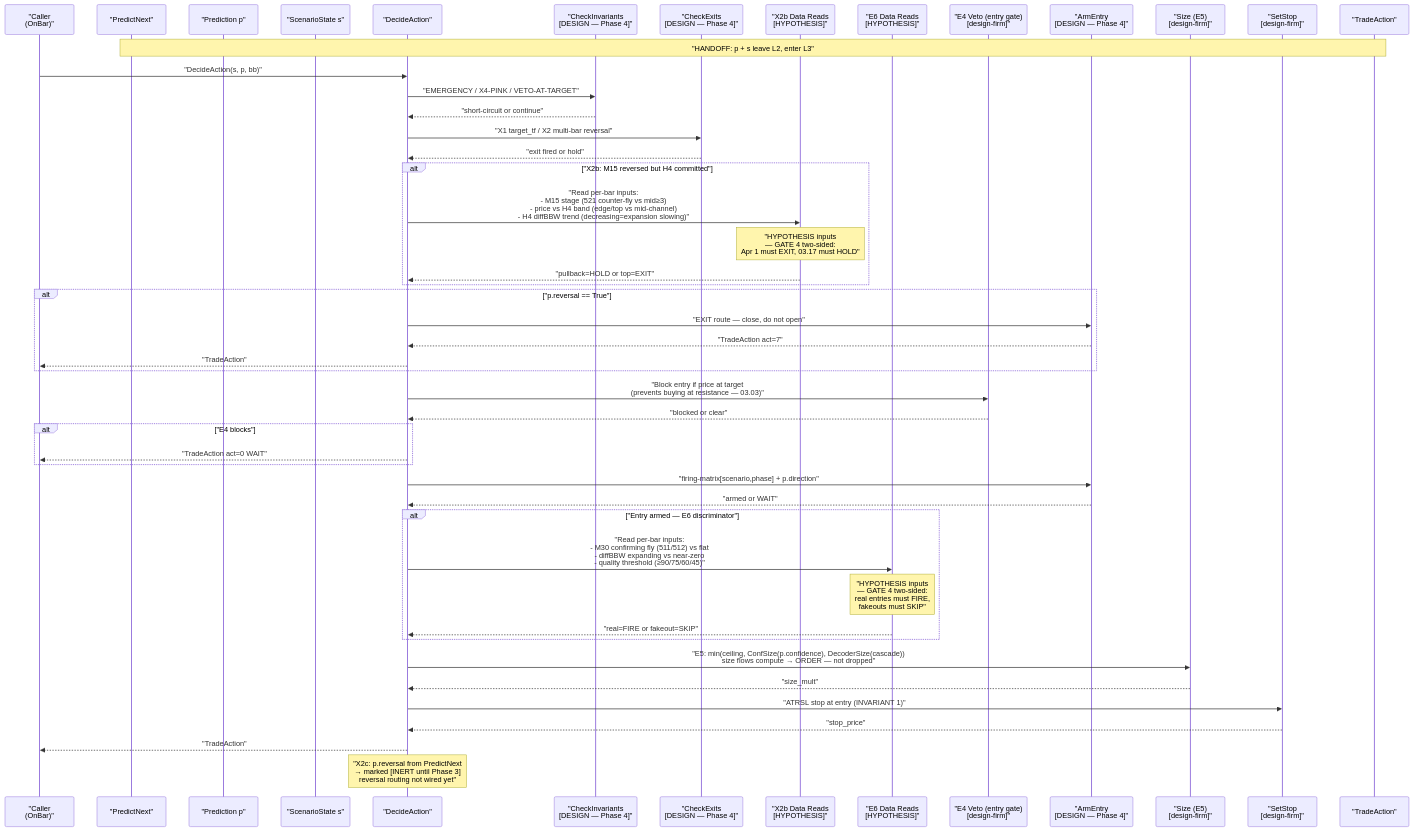
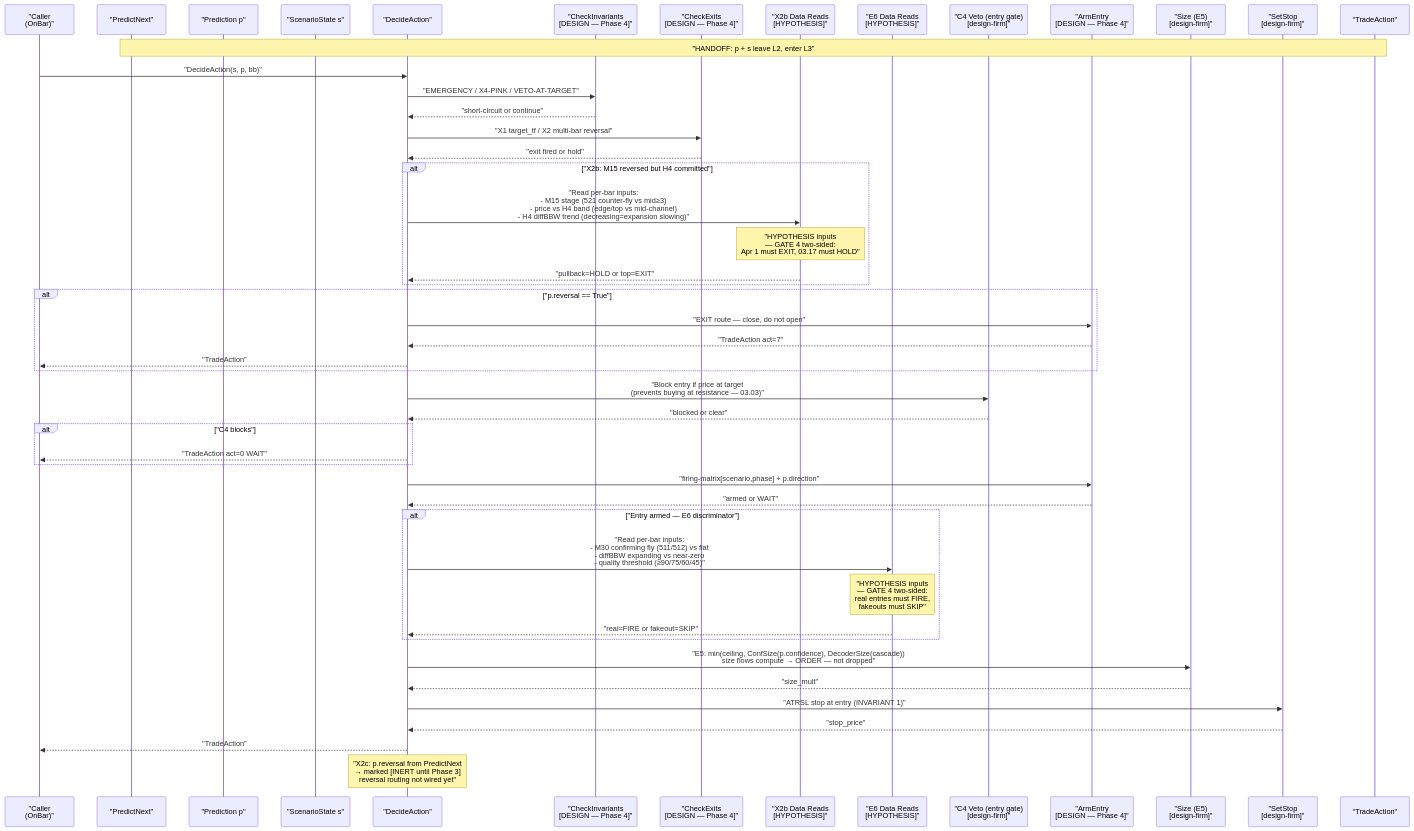
Before and after one commit to Terrypang89/BB_MTF_M15_STRATEGY: diagram 15 of 19 in references/ARCHITECTURE.md, drawn with Mermaid. The commit also changed other lines of this file and 12 other files, not shown here.

````diff
--- a/references/ARCHITECTURE.md
+++ b/references/ARCHITECTURE.md
@@ -1009,65 +1009,65 @@
 ```mermaid
 sequenceDiagram
     participant Caller as "Caller<br/>(OnBar)"
     participant PNX as "PredictNext"
     participant P as "Prediction p"
     participant S as "ScenarioState s"
     participant DA as "DecideAction"
     participant Inv as "CheckInvariants<br/>[DESIGN — Phase 4]"
     participant Exi as "CheckExits<br/>[DESIGN — Phase 4]"
     participant X2bRead as "X2b Data Reads<br/>[HYPOTHESIS]"
     participant E6Read as "E6 Data Reads<br/>[HYPOTHESIS]"
-    participant E4Veto as "E4 Veto (entry gate)<br/>[design-firm]"
+    participant E4Veto as "C4 Veto (entry gate)<br/>[design-firm]"
     participant Arm as "ArmEntry<br/>[DESIGN — Phase 4]"
     participant Siz as "Size (E5)<br/>[design-firm]"
     participant Stp as "SetStop<br/>[design-firm]"
     participant TA as "TradeAction"
 
     Note over PNX,TA: "HANDOFF: p + s leave L2, enter L3"
 
     Caller->>DA: "DecideAction(s, p, bb)"
 
     DA->>Inv: "EMERGENCY / X4-PINK / VETO-AT-TARGET"
     Inv-->>DA: "short-circuit or continue"
 
     DA->>Exi: "X1 target_tf / X2 multi-bar reversal"
     Exi-->>DA: "exit fired or hold"
 
     alt "X2b: M15 reversed but H4 committed"
         DA->>X2bRead: "Read per-bar inputs:<br/>- M15 stage (521 counter-fly vs mid≥3)<br/>- price vs H4 band (edge/top vs mid-channel)<br/>- H4 diffBBW trend (decreasing=expansion slowing)"
         Note over X2bRead: "HYPOTHESIS inputs<br/>— GATE 4 two-sided:<br/>Apr 1 must EXIT, 03.17 must HOLD"
         X2bRead-->>DA: "pullback=HOLD or top=EXIT"
     end
 
     alt "p.reversal == True"
         DA->>Arm: "EXIT route — close, do not open"
         Arm-->>DA: "TradeAction act=7"
         DA-->>Caller: "TradeAction"
     end
 
     DA->>E4Veto: "Block entry if price at target<br/>(prevents buying at resistance — 03.03)"
     E4Veto-->>DA: "blocked or clear"
 
-    alt "E4 blocks"
+    alt "C4 blocks"
         DA-->>Caller: "TradeAction act=0 WAIT"
     end
 
     DA->>Arm: "firing-matrix[scenario,phase] + p.direction"
     Arm-->>DA: "armed or WAIT"
 
     alt "Entry armed — E6 discriminator"
         DA->>E6Read: "Read per-bar inputs:<br/>- M30 confirming fly (511/512) vs flat<br/>- diffBBW expanding vs near-zero<br/>- quality threshold (≥90/75/60/45)"
         Note over E6Read: "HYPOTHESIS inputs<br/>— GATE 4 two-sided:<br/>real entries must FIRE,<br/>fakeouts must SKIP"
         E6Read-->>DA: "real=FIRE or fakeout=SKIP"
     end
 
     DA->>Siz: "E5: min(ceiling, ConfSize(p.confidence), DecoderSize(cascade))<br/>size flows compute → ORDER — not dropped"
     Siz-->>DA: "size_mult"
 
     DA->>Stp: "ATRSL stop at entry (INVARIANT 1)"
     Stp-->>DA: "stop_price"
 
     DA-->>Caller: "TradeAction"
 
     Note over DA: "X2c: p.reversal from PredictNext<br/>→ marked [INERT until Phase 3]<br/>reversal routing not wired yet"
 ```
````
